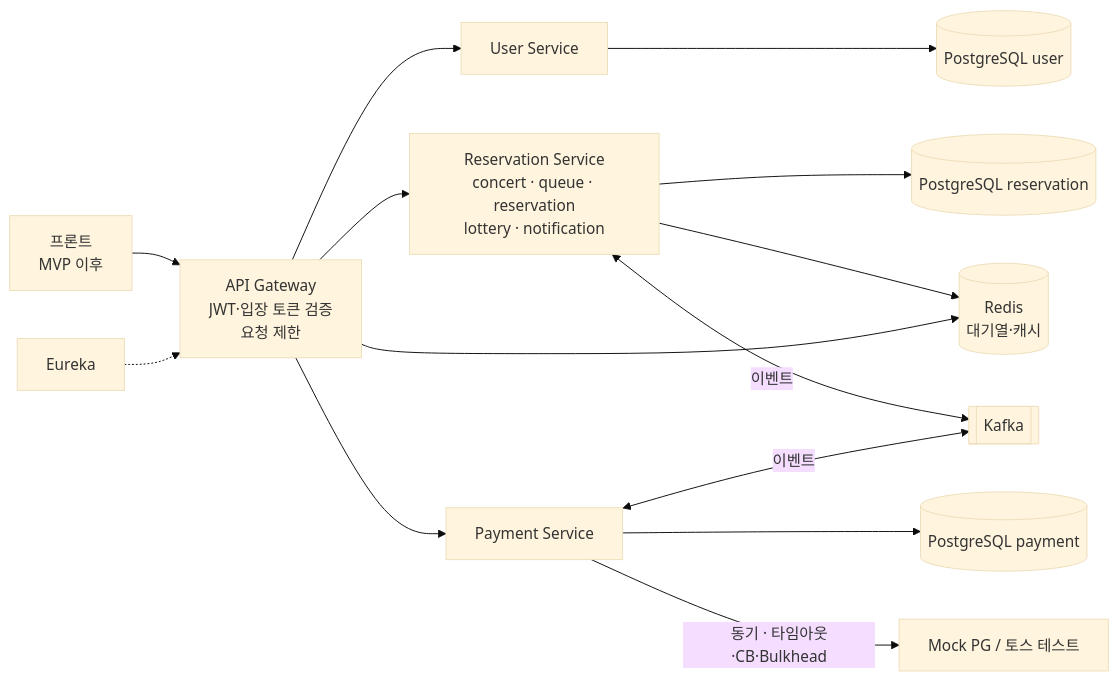
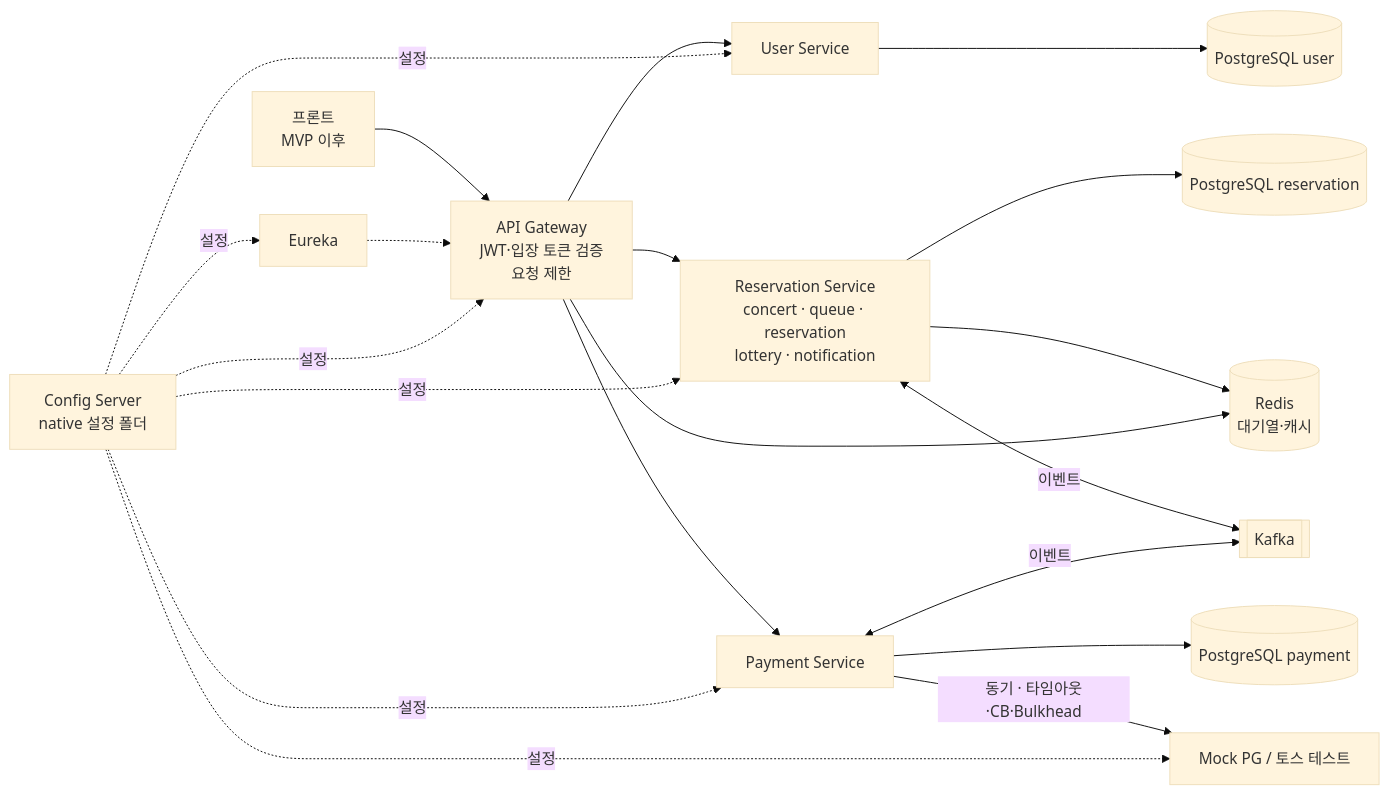
The second of 6 diagrams in docs/core/SA MASTER.md (iseonjwa/high-quality-ticketing-system), drawn with Mermaid (base theme) before and after one commit. The commit also changed other lines of this file, not shown here.

Commit message:
docs(docs): SA MASTER에 Java 21과 Config Server, 인증 정책 반영

````diff
--- a/docs/core/SA MASTER.md
+++ b/docs/core/SA MASTER.md
@@ -458,16 +459,17 @@
 ```mermaid
 flowchart LR
   FE[프론트<br/>MVP 이후] --> GW[API Gateway<br/>JWT·입장 토큰 검증<br/>요청 제한]
   GW --> US[User Service]
   GW --> RS[Reservation Service<br/>concert · queue · reservation<br/>lottery · notification]
   GW --> PS[Payment Service]
   US --> UDB[(PostgreSQL user)]
   RS --> RDB[(PostgreSQL reservation)]
   PS --> PDB[(PostgreSQL payment)]
   RS --> RD[(Redis<br/>대기열·캐시)]
   GW --> RD
   RS <-->|이벤트| K[[Kafka]]
   PS <-->|이벤트| K
   PS -->|동기 · 타임아웃·CB·Bulkhead| PG[Mock PG / 토스 테스트]
   EU[Eureka] -.-> GW
+  CF[Config Server<br/>native 설정 폴더] -.설정.-> EU & GW & US & RS & PS & PG
 ```
````
